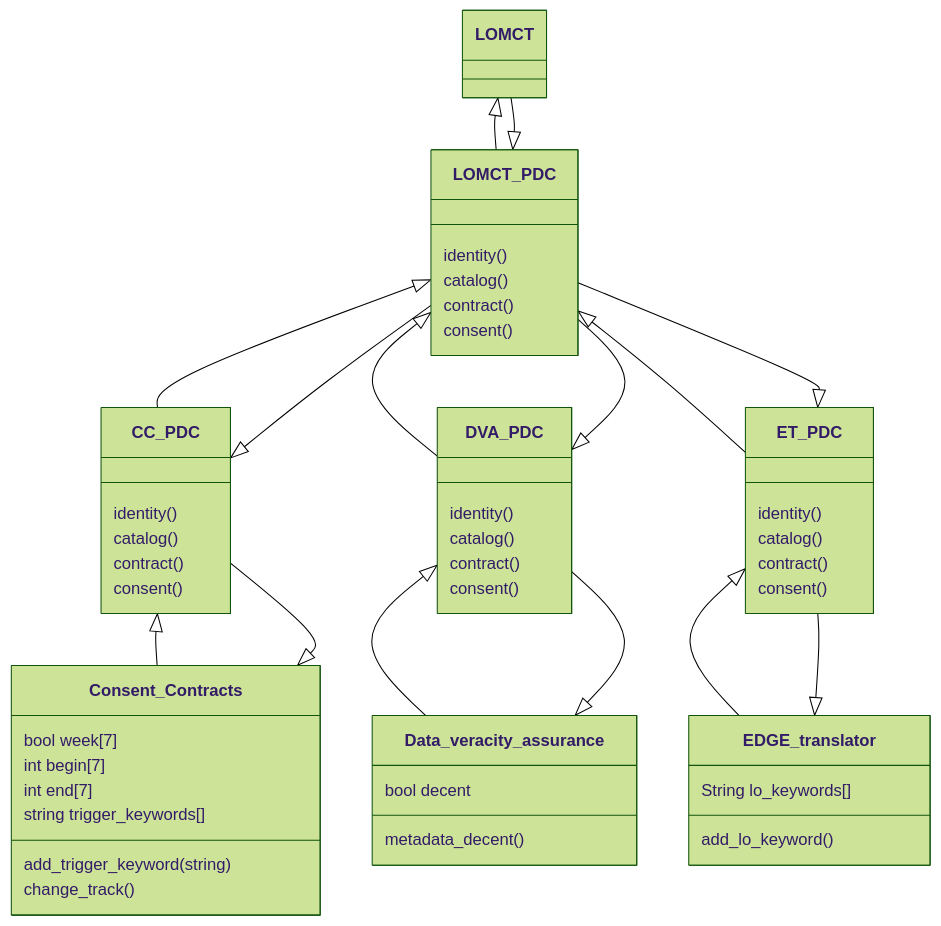
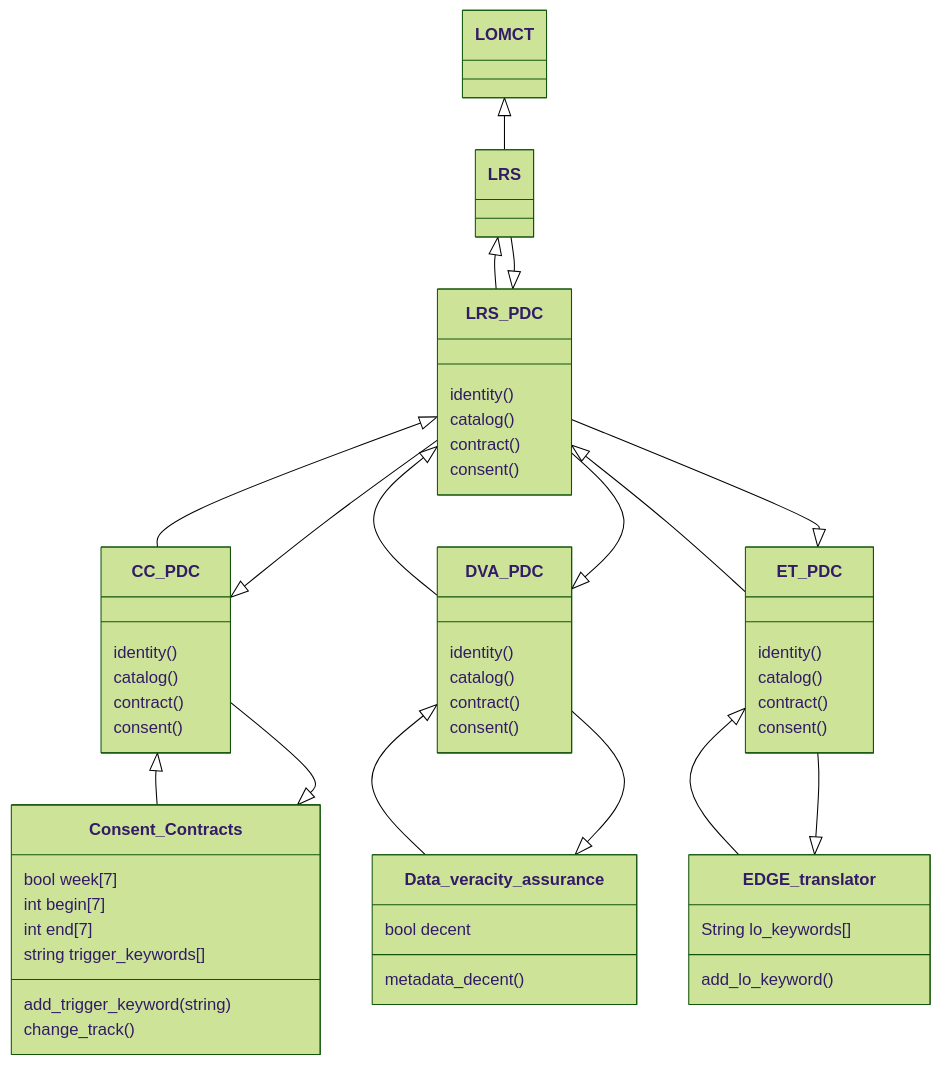
The second of 4 diagrams in docs/design-document.md (Prometheus-X-association/lomct), drawn with Mermaid (forest theme) before and after one commit. The commit also changed other lines of this file, not shown here.

````diff
--- a/docs/design-document.md
+++ b/docs/design-document.md
@@ -566,57 +564,58 @@
 ```mermaid
 classDiagram
-   LOMCT <|-- LOMCT_PDC
-   LOMCT_PDC <|-- LOMCT
-   LOMCT_PDC <|-- CC_PDC
-   CC_PDC <|-- LOMCT_PDC
+   LOMCT <|-- LRS
+   LRS <|-- LRS_PDC
+   LRS_PDC <|-- LRS
+   LRS_PDC <|-- CC_PDC
+   CC_PDC <|-- LRS_PDC
    CC_PDC <|-- Consent_Contracts
    Consent_Contracts <|-- CC_PDC
-   LOMCT_PDC <|-- DVA_PDC
-   DVA_PDC <|-- LOMCT_PDC
+   LRS_PDC <|-- DVA_PDC
+   DVA_PDC <|-- LRS_PDC
    DVA_PDC <|-- Data_veracity_assurance
    Data_veracity_assurance <|-- DVA_PDC
-   LOMCT_PDC <|-- ET_PDC
-   ET_PDC <|-- LOMCT_PDC
+   LRS_PDC <|-- ET_PDC
+   ET_PDC <|-- LRS_PDC
    ET_PDC <|-- EDGE_translator
    EDGE_translator <|-- ET_PDC
-   class LOMCT_PDC{
+   class LRS_PDC{
      identity()
      catalog()
      contract()
      consent()
    }
    class CC_PDC{
      identity()
      catalog()
      contract()
      consent()
    }
    class DVA_PDC{
      identity()
      catalog()
      contract()
      consent()
    }
    class ET_PDC{
      identity()
      catalog()
      contract()
      consent()
    }
    class Consent_Contracts{
      bool week[7]
      int begin[7]
      int end[7]
      string trigger_keywords[]
      add_trigger_keyword(string)
      change_track()
    }
    class Data_veracity_assurance{
      bool decent
      metadata_decent()
    }
    class EDGE_translator{
      String lo_keywords[]
      add_lo_keyword()
    }
 ```
````
